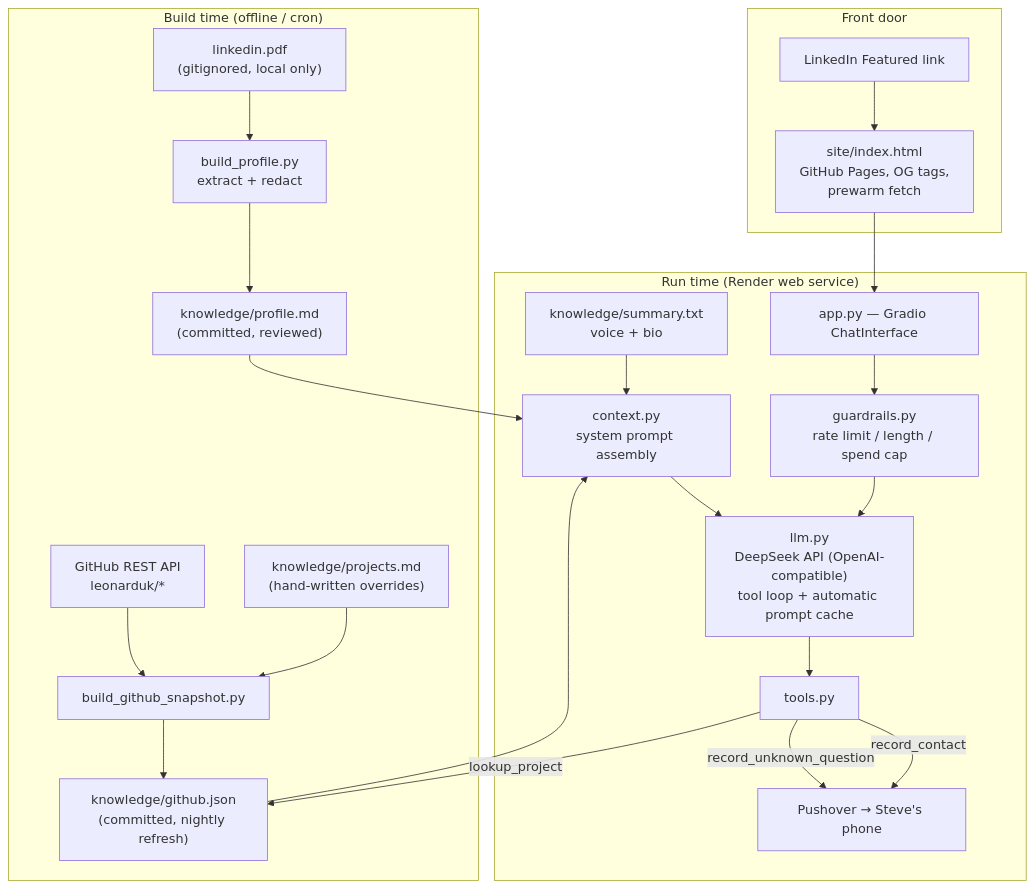
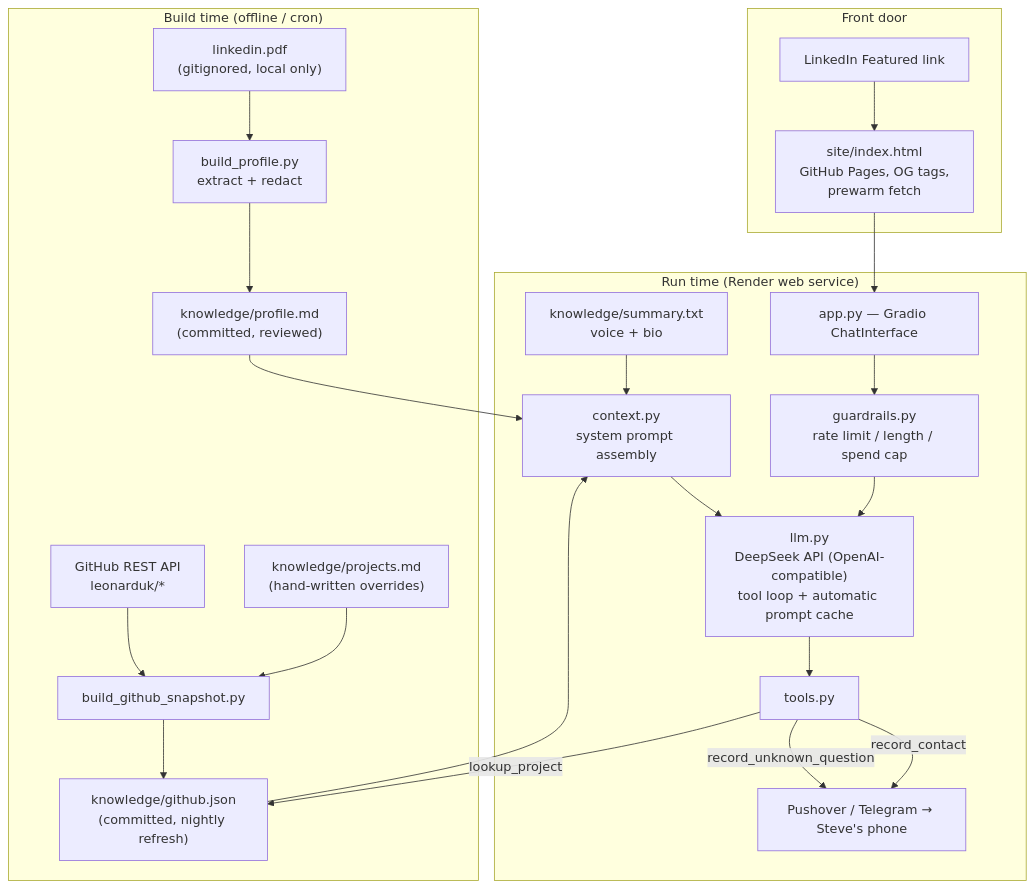
Before and after one commit to leonarduk/ai: the diagram in projects/08-linkedin-avatar/docs/design.md, drawn with Mermaid. The commit also changed other lines of this file and 8 other files, not shown here.

````diff
--- a/projects/08-linkedin-avatar/docs/design.md
+++ b/projects/08-linkedin-avatar/docs/design.md
@@ -50,28 +50,28 @@
 ```mermaid
 flowchart TB
     subgraph build["Build time (offline / cron)"]
         PDF["linkedin.pdf<br/>(gitignored, local only)"] --> BP["build_profile.py<br/>extract + redact"]
         BP --> PROF["knowledge/profile.md<br/>(committed, reviewed)"]
         GH["GitHub REST API<br/>leonarduk/*"] --> BG["build_github_snapshot.py"]
         BG --> SNAP["knowledge/github.json<br/>(committed, nightly refresh)"]
         CUR["knowledge/projects.md<br/>(hand-written overrides)"] --> BG
     end
 
     subgraph run["Run time (Render web service)"]
         PROF --> CTX["context.py<br/>system prompt assembly"]
         SNAP --> CTX
         SUM["knowledge/summary.txt<br/>voice + bio"] --> CTX
         CTX --> LLM["llm.py<br/>DeepSeek API (OpenAI-compatible)<br/>tool loop + automatic prompt cache"]
         UI["app.py — Gradio ChatInterface"] --> GRD["guardrails.py<br/>rate limit / length / spend cap"]
         GRD --> LLM
         LLM --> TOOLS["tools.py"]
-        TOOLS -->|record_contact| PUSH["Pushover → Steve's phone"]
+        TOOLS -->|record_contact| PUSH["Pushover / Telegram → Steve's phone"]
         TOOLS -->|record_unknown_question| PUSH
         TOOLS -->|lookup_project| SNAP
     end
 
     subgraph front["Front door"]
         LI["LinkedIn Featured link"] --> LAND["site/index.html<br/>GitHub Pages, OG tags,<br/>prewarm fetch"]
         LAND --> UI
     end
 ```
````
